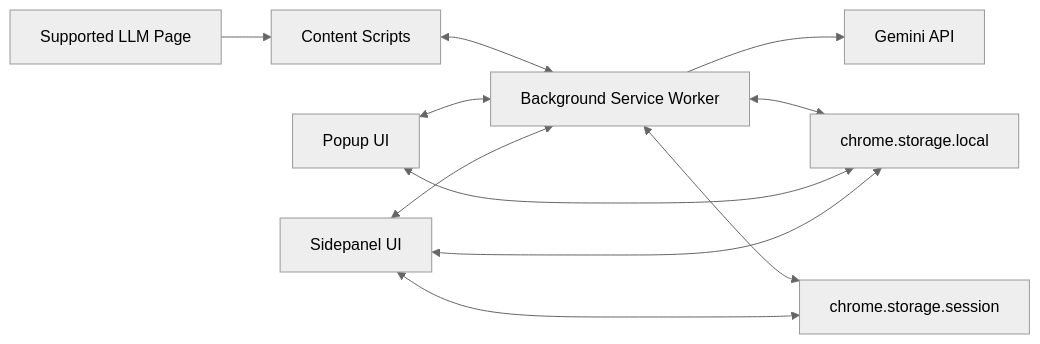
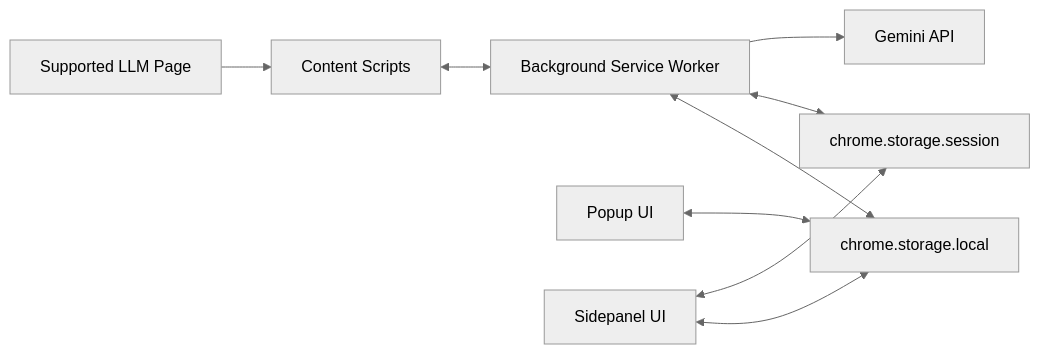
One commit to SH1SHANK/promptium changed the diagram in ARCHITECTURE.md. Above: the diagram before and after it, drawn with Mermaid (neutral theme). The commit also changed other lines of this file and 20 other files, not shown here.

````diff
--- a/ARCHITECTURE.md
+++ b/ARCHITECTURE.md
@@ -5,13 +5,11 @@
 ```mermaid
 flowchart LR
   LLM["Supported LLM Page"] --> CS["Content Scripts"]
   CS <--> SW["Background Service Worker"]
   SW <--> SL["chrome.storage.local"]
   SW <--> SS["chrome.storage.session"]
   SW --> GEM["Gemini API"]
-  POP["Popup UI"] <--> SW
-  POP <--> SL
-  SP["Sidepanel UI"] <--> SW
-  SP <--> SL
+  POP["Popup UI"] <--> SL
+  SP["Sidepanel UI"] <--> SL
   SP <--> SS
 ```
````
